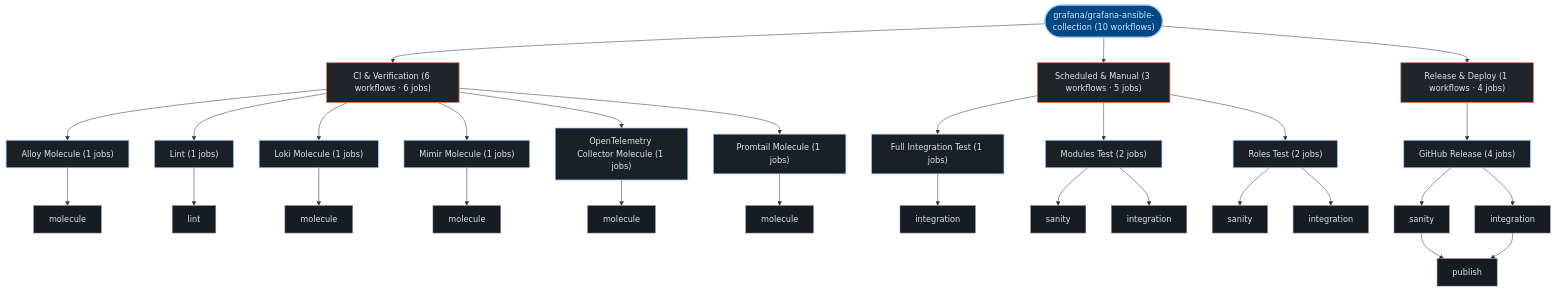
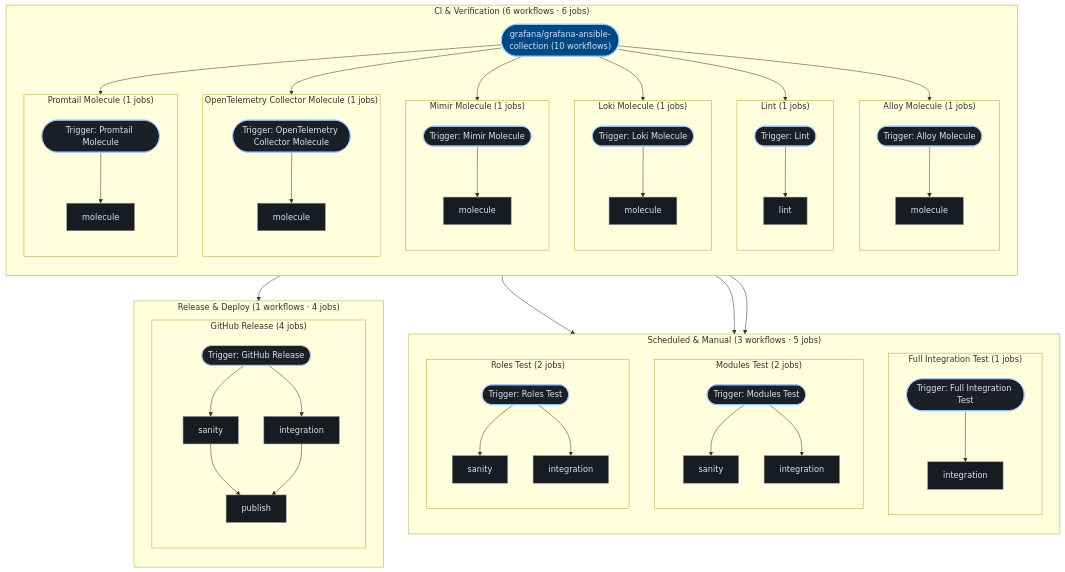
One commit to kumarshaz/atruss-code-atlas changed the diagram in exports/latest/reports/grafana-grafana-ansible-collection-report.md. Above: the diagram before and after it, drawn with Mermaid. The commit also changed 181 other files, not shown here.

````diff
--- a/exports/latest/reports/grafana-grafana-ansible-collection-report.md
+++ b/exports/latest/reports/grafana-grafana-ansible-collection-report.md
@@ -78,59 +78,92 @@
   classDef atlasAlert fill:#93000a,stroke:#ffb4ab,stroke-width:1.5px,color:#ffdad6
   classDef atlasMore fill:#252a31,stroke:#8d9199,stroke-dasharray:4 4,color:#c3c6cf
   pipeline_root(["grafana/grafana-ansible-collection (10 workflows)"]):::atlasRoot
-  grp_0_CI___Verification["CI & Verification (6 workflows · 6 jobs)"]:::atlasCategory
-  pipeline_root --> grp_0_CI___Verification
-  wf_0_Alloy_Molecule["Alloy Molecule (1 jobs)"]:::atlasWorkflow
-  grp_0_CI___Verification --> wf_0_Alloy_Molecule
-  job_0_molecule["molecule"]:::atlasJob
-  wf_0_Alloy_Molecule --> job_0_molecule
-  wf_2_Lint["Lint (1 jobs)"]:::atlasWorkflow
-  grp_0_CI___Verification --> wf_2_Lint
-  job_2_lint["lint"]:::atlasJob
-  wf_2_Lint --> job_2_lint
-  wf_3_Loki_Molecule["Loki Molecule (1 jobs)"]:::atlasWorkflow
-  grp_0_CI___Verification --> wf_3_Loki_Molecule
-  job_3_molecule["molecule"]:::atlasJob
-  wf_3_Loki_Molecule --> job_3_molecule
-  wf_4_Mimir_Molecule["Mimir Molecule (1 jobs)"]:::atlasWorkflow
-  grp_0_CI___Verification --> wf_4_Mimir_Molecule
-  job_4_molecule["molecule"]:::atlasJob
-  wf_4_Mimir_Molecule --> job_4_molecule
-  wf_6_OpenTelemetry_Collector_Molecule["OpenTelemetry Collector Molecule (1 jobs)"]:::atlasWorkflow
-  grp_0_CI___Verification --> wf_6_OpenTelemetry_Collector_Molecule
-  job_6_molecule["molecule"]:::atlasJob
-  wf_6_OpenTelemetry_Collector_Molecule --> job_6_molecule
-  wf_7_Promtail_Molecule["Promtail Molecule (1 jobs)"]:::atlasWorkflow
-  grp_0_CI___Verification --> wf_7_Promtail_Molecule
-  job_7_molecule["molecule"]:::atlasJob
-  wf_7_Promtail_Molecule --> job_7_molecule
-  grp_1_Scheduled___Manual["Scheduled & Manual (3 workflows · 5 jobs)"]:::atlasCategory
-  pipeline_root --> grp_1_Scheduled___Manual
-  wf_1_Full_Integration_Test["Full Integration Test (1 jobs)"]:::atlasWorkflow
-  grp_1_Scheduled___Manual --> wf_1_Full_Integration_Test
-  job_1_integration["integration"]:::atlasJob
-  wf_1_Full_Integration_Test --> job_1_integration
-  wf_5_Modules_Test["Modules Test (2 jobs)"]:::atlasWorkflow
-  grp_1_Scheduled___Manual --> wf_5_Modules_Test
-  job_5_sanity["sanity"]:::atlasJob
-  job_5_integration["integration"]:::atlasJob
-  wf_5_Modules_Test --> job_5_sanity
-  wf_5_Modules_Test --> job_5_integration
-  wf_9_Roles_Test["Roles Test (2 jobs)"]:::atlasWorkflow
-  grp_1_Scheduled___Manual --> wf_9_Roles_Test
-  job_9_sanity["sanity"]:::atlasJob
-  job_9_integration["integration"]:::atlasJob
-  wf_9_Roles_Test --> job_9_sanity
-  wf_9_Roles_Test --> job_9_integration
-  grp_2_Release___Deploy["Release & Deploy (1 workflows · 4 jobs)"]:::atlasCategory
-  pipeline_root --> grp_2_Release___Deploy
-  wf_8_GitHub_Release["GitHub Release (4 jobs)"]:::atlasWorkflow
-  grp_2_Release___Deploy --> wf_8_GitHub_Release
-  job_8_sanity["sanity"]:::atlasJob
-  job_8_integration["integration"]:::atlasJob
-  job_8_publish["publish"]:::atlasJob
-  wf_8_GitHub_Release --> job_8_sanity
-  wf_8_GitHub_Release --> job_8_integration
-  job_8_sanity --> job_8_publish
-  job_8_integration --> job_8_publish
+  subgraph sg_grp_0_CI___Verification["CI & Verification (6 workflows · 6 jobs)"]
+    direction TB
+    subgraph sg_wf_0_Alloy_Molecule["Alloy Molecule (1 jobs)"]
+      direction TB
+      wf_0_Alloy_Molecule(["Trigger: Alloy Molecule"]):::atlasWorkflow
+      job_0_molecule["molecule"]:::atlasJob
+      wf_0_Alloy_Molecule --> job_0_molecule
+    end
+    pipeline_root --> wf_0_Alloy_Molecule
+    subgraph sg_wf_2_Lint["Lint (1 jobs)"]
+      direction TB
+      wf_2_Lint(["Trigger: Lint"]):::atlasWorkflow
+      job_2_lint["lint"]:::atlasJob
+      wf_2_Lint --> job_2_lint
+    end
+    pipeline_root --> wf_2_Lint
+    subgraph sg_wf_3_Loki_Molecule["Loki Molecule (1 jobs)"]
+      direction TB
+      wf_3_Loki_Molecule(["Trigger: Loki Molecule"]):::atlasWorkflow
+      job_3_molecule["molecule"]:::atlasJob
+      wf_3_Loki_Molecule --> job_3_molecule
+    end
+    pipeline_root --> wf_3_Loki_Molecule
+    subgraph sg_wf_4_Mimir_Molecule["Mimir Molecule (1 jobs)"]
+      direction TB
+      wf_4_Mimir_Molecule(["Trigger: Mimir Molecule"]):::atlasWorkflow
+      job_4_molecule["molecule"]:::atlasJob
+      wf_4_Mimir_Molecule --> job_4_molecule
+    end
+    pipeline_root --> wf_4_Mimir_Molecule
+    subgraph sg_wf_6_OpenTelemetry_Collector_Molecule["OpenTelemetry Collector Molecule (1 jobs)"]
+      direction TB
+      wf_6_OpenTelemetry_Collector_Molecule(["Trigger: OpenTelemetry Collector Molecule"]):::atlasWorkflow
+      job_6_molecule["molecule"]:::atlasJob
+      wf_6_OpenTelemetry_Collector_Molecule --> job_6_molecule
+    end
+    pipeline_root --> wf_6_OpenTelemetry_Collector_Molecule
+    subgraph sg_wf_7_Promtail_Molecule["Promtail Molecule (1 jobs)"]
+      direction TB
+      wf_7_Promtail_Molecule(["Trigger: Promtail Molecule"]):::atlasWorkflow
+      job_7_molecule["molecule"]:::atlasJob
+      wf_7_Promtail_Molecule --> job_7_molecule
+    end
+    pipeline_root --> wf_7_Promtail_Molecule
+  end
+  subgraph sg_grp_1_Scheduled___Manual["Scheduled & Manual (3 workflows · 5 jobs)"]
+    direction TB
+    subgraph sg_wf_1_Full_Integration_Test["Full Integration Test (1 jobs)"]
+      direction TB
+      wf_1_Full_Integration_Test(["Trigger: Full Integration Test"]):::atlasWorkflow
+      job_1_integration["integration"]:::atlasJob
+      wf_1_Full_Integration_Test --> job_1_integration
+    end
+    pipeline_root --> wf_1_Full_Integration_Test
+    subgraph sg_wf_5_Modules_Test["Modules Test (2 jobs)"]
+      direction TB
+      wf_5_Modules_Test(["Trigger: Modules Test"]):::atlasWorkflow
+      job_5_sanity["sanity"]:::atlasJob
+      job_5_integration["integration"]:::atlasJob
+      wf_5_Modules_Test --> job_5_sanity
+      wf_5_Modules_Test --> job_5_integration
+    end
+    pipeline_root --> wf_5_Modules_Test
+    subgraph sg_wf_9_Roles_Test["Roles Test (2 jobs)"]
+      direction TB
+      wf_9_Roles_Test(["Trigger: Roles Test"]):::atlasWorkflow
+      job_9_sanity["sanity"]:::atlasJob
+      job_9_integration["integration"]:::atlasJob
+      wf_9_Roles_Test --> job_9_sanity
+      wf_9_Roles_Test --> job_9_integration
+    end
+    pipeline_root --> wf_9_Roles_Test
+  end
+  subgraph sg_grp_2_Release___Deploy["Release & Deploy (1 workflows · 4 jobs)"]
+    direction TB
+    subgraph sg_wf_8_GitHub_Release["GitHub Release (4 jobs)"]
+      direction TB
+      wf_8_GitHub_Release(["Trigger: GitHub Release"]):::atlasWorkflow
+      job_8_sanity["sanity"]:::atlasJob
+      job_8_integration["integration"]:::atlasJob
+      job_8_publish["publish"]:::atlasJob
+      wf_8_GitHub_Release --> job_8_sanity
+      wf_8_GitHub_Release --> job_8_integration
+      job_8_sanity --> job_8_publish
+      job_8_integration --> job_8_publish
+    end
+    pipeline_root --> wf_8_GitHub_Release
+  end
 ```
````
